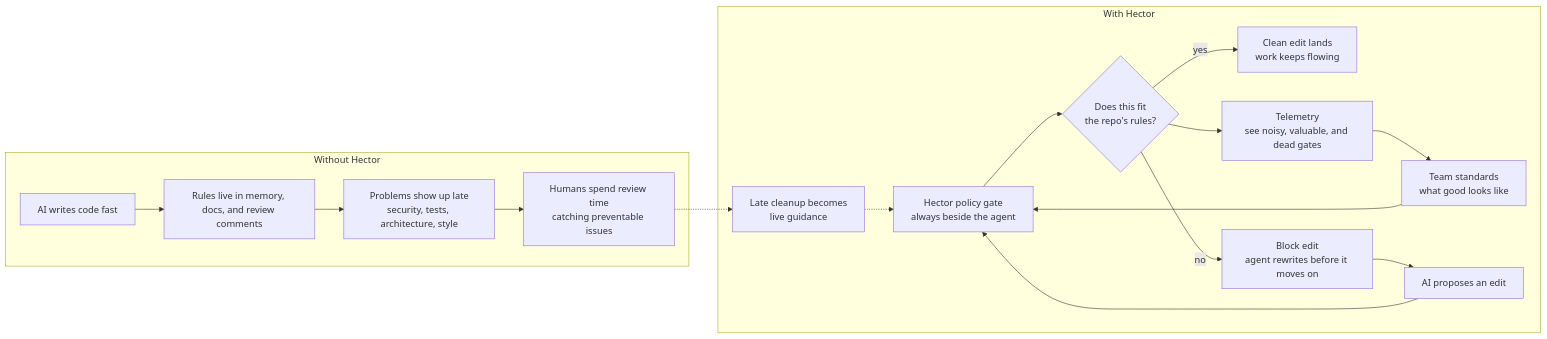
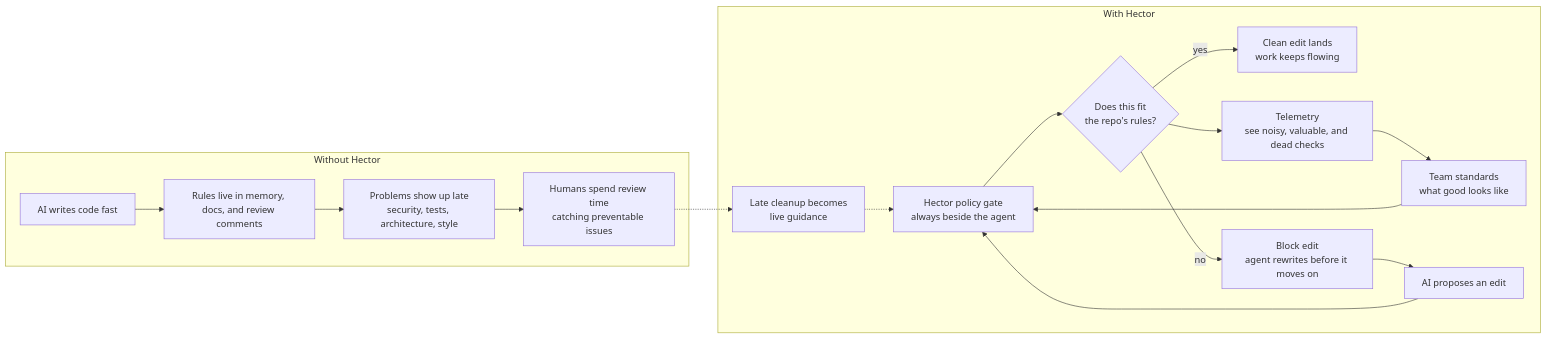
The diagram in docs/visual-elevator-pitch.md (christopherarter/hector), drawn with Mermaid before and after one commit. The commit also changed other lines of this file and 37 other files, not shown here.

````diff
--- a/docs/visual-elevator-pitch.md
+++ b/docs/visual-elevator-pitch.md
@@ -5,34 +5,34 @@
 ```mermaid
 flowchart LR
     subgraph Without["Without Hector"]
         Speed["AI writes code fast"]
         Drift["Rules live in memory, docs, and review comments"]
         Late["Problems show up late<br/>security, tests, architecture, style"]
         Rework["Humans spend review time<br/>catching preventable issues"]
 
         Speed --> Drift --> Late --> Rework
     end
 
     subgraph With["With Hector"]
         Intent["Team standards<br/>what good looks like"]
         Gate["Hector policy gate<br/>always beside the agent"]
         Proposed["AI proposes an edit"]
         Check{"Does this fit<br/>the repo's rules?"}
         Clean["Clean edit lands<br/>work keeps flowing"]
         Block["Block edit<br/>agent rewrites before it moves on"]
-        Signal["Telemetry<br/>see noisy, valuable, and dead gates"]
+        Signal["Telemetry<br/>see noisy, valuable, and dead checks"]
         Bridge["Late cleanup becomes<br/>live guidance"]
 
         Intent --> Gate
         Proposed --> Gate
         Gate --> Check
         Check -->|yes| Clean
         Check -->|no| Block
         Block --> Proposed
         Check --> Signal
         Signal --> Intent
     end
 
     Rework -.-> Bridge
     Bridge -.-> Gate
 ```
````
